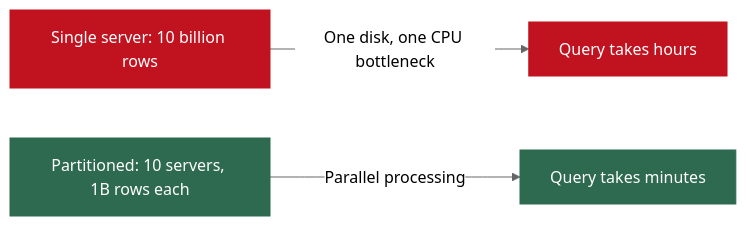
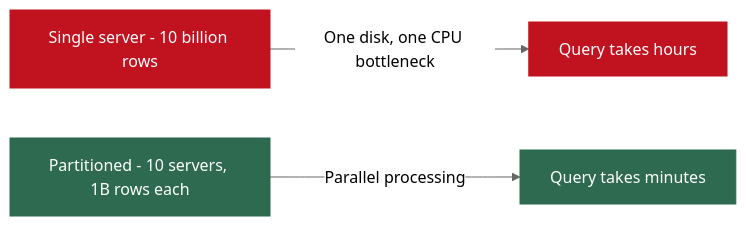
Before and after one commit to MuhammadTahaNasir/Big-Data-Analytics-Notes: the first of 16 diagrams in Week3/Lecture3_Partitioning_Sharding_Caching_QueryOpt.md, drawn with Mermaid (neutral theme). The commit also changed other lines of this file, not shown here.

````diff
--- a/Week3/Lecture3_Partitioning_Sharding_Caching_QueryOpt.md
+++ b/Week3/Lecture3_Partitioning_Sharding_Caching_QueryOpt.md
@@ -26,10 +26,10 @@
 ```mermaid
 flowchart LR
-    SINGLE[Single server: 10 billion rows] -->|One disk, one CPU bottleneck| SLOW[Query takes hours]
-    PART[Partitioned: 10 servers, 1B rows each] -->|Parallel processing| FAST[Query takes minutes]
+    SINGLE[Single server - 10 billion rows] -->|One disk, one CPU bottleneck| SLOW[Query takes hours]
+    PART[Partitioned - 10 servers, 1B rows each] -->|Parallel processing| FAST[Query takes minutes]
 
     style SINGLE fill:#c1121f,color:#fff,stroke:#c1121f
     style SLOW fill:#c1121f,color:#fff,stroke:#c1121f
     style PART fill:#2d6a4f,color:#fff,stroke:#2d6a4f
     style FAST fill:#2d6a4f,color:#fff,stroke:#2d6a4f
 ```
````
